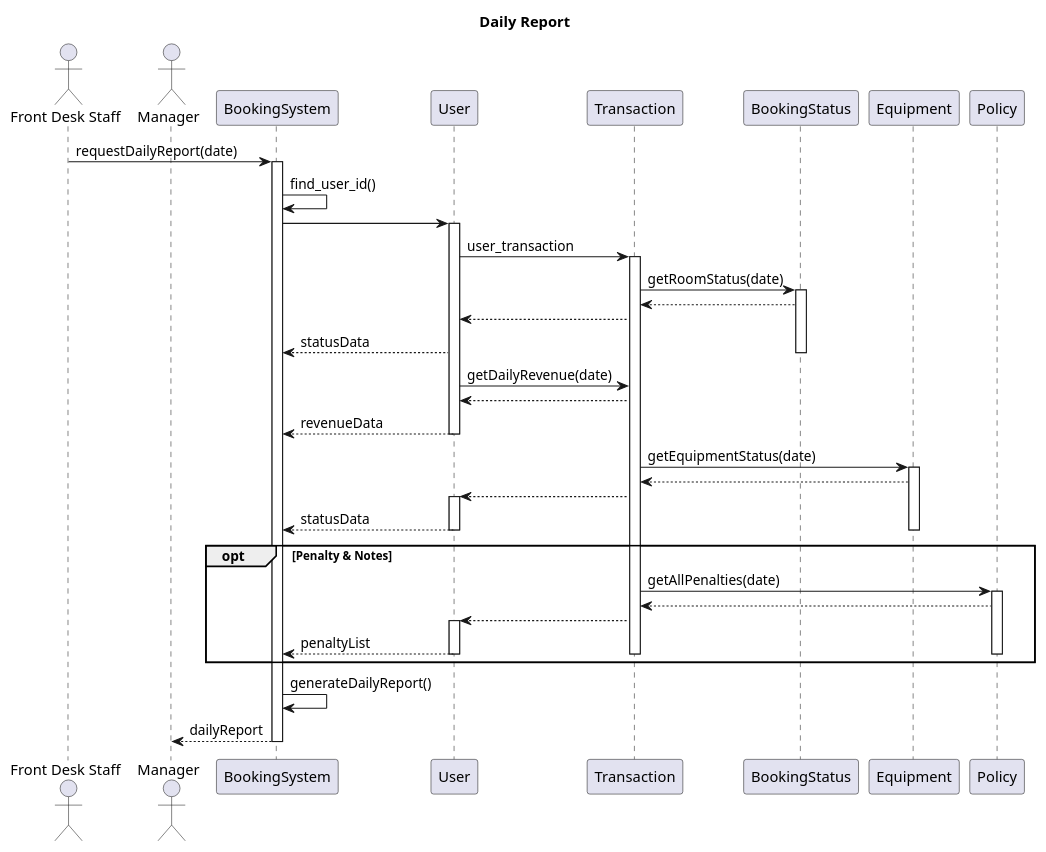
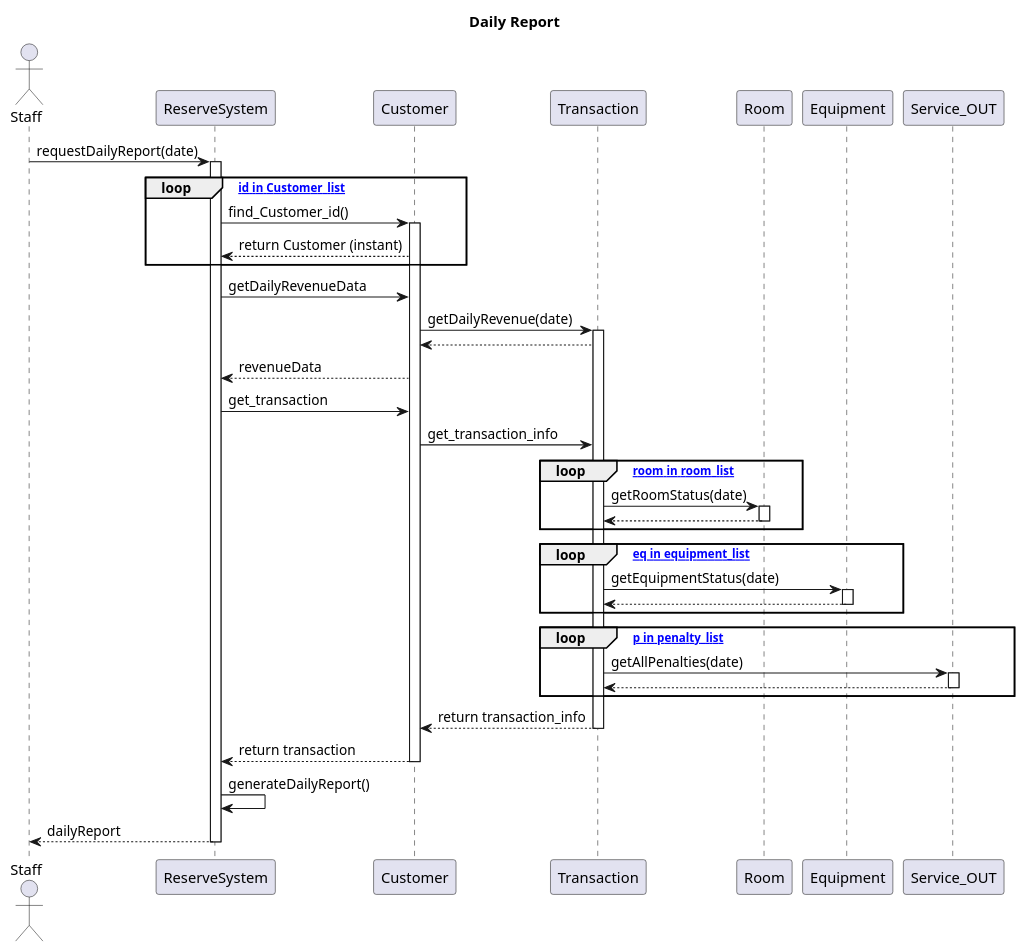
Before and after one commit to pjngth998/RhythmReserve: the diagram in diagram/sequence_diagram/dailyReport.puml, drawn with PlantUML. The commit also changed 1 other file, not shown here.

Commit message:
DailyReport Sequence

```diff
--- a/diagram/sequence_diagram/dailyReport.puml
+++ b/diagram/sequence_diagram/dailyReport.puml
@@ -1,60 +1,72 @@
 @startuml
 title Daily Report
 
-actor "Front Desk Staff" as Staff
-actor "Manager" as Manager
-participant "BookingSystem" as System
-participant "User" as User
-participant "Transaction" as Transaction
-participant "BookingStatus" as BookingRoomDB
-participant "Equipment" as EquipmentDB
-participant Policy as Policy
+actor Staff as Staff
+participant ReserveSystem as System
+participant Customer as Customer 
+participant Transaction as Service
+participant Room as RoomDB
+participant Equipment as EquipmentDB
+participant Service_OUT as Service_OUT
 
 
 Staff -> System : requestDailyReport(date)
 activate System
-System -> System : find_user_id()
-System -> User 
-activate User
-User -> Transaction : user_transaction
-activate Transaction
-Transaction -> BookingRoomDB : getRoomStatus(date)
-activate BookingRoomDB
-BookingRoomDB --> Transaction 
-Transaction --> User
-User --> System : statusData
-deactivate BookingRoomDB
+loop [for id in Customer_list]
+    System -> Customer : find_Customer_id()
+    activate Customer
+    Customer --> System : return Customer (instant)
+    end
 
-User -> Transaction : getDailyRevenue(date)
-Transaction --> User
-User --> System  : revenueData
-deactivate User
+System -> Customer : getDailyRevenueData
+Customer -> Service : getDailyRevenue(date)
+activate Service
+Service --> Customer
 
+Customer --> System  : revenueData
+System -> Customer: get_transaction
+Customer -> Service : get_transaction_info
+loop [for room in room_list]
+Service -> RoomDB : getRoomStatus(date)
+    activate RoomDB
+    RoomDB --> Service 
+    ' Service --> Customer
+    ' Customer --> System : statusData
+    deactivate RoomDB
+    end
 
-Transaction  -> EquipmentDB : getEquipmentStatus(date)
-activate EquipmentDB
+' Customer -> Service : getDailyRevenue(date)
+' Service --> Customer
+' Customer --> System  : revenueData
+' deactivate Customer
 
-EquipmentDB --> Transaction
-Transaction --> User
-activate User
-User --> System : statusData
-deactivate User
-deactivate EquipmentDB
+loop [for eq in equipment_list]
+    Service  -> EquipmentDB : getEquipmentStatus(date)
+    activate EquipmentDB
+    EquipmentDB --> Service
+    deactivate EquipmentDB
+    end
+' Service --> Customer
+' activate Customer
+' Customer --> System : statusData
+' deactivate Customer
 
-opt Penalty & Notes
-    Transaction -> Policy : getAllPenalties(date)
-    activate Policy
-    Policy --> Transaction 
-    Transaction --> User
-    activate User
-    User --> System : penaltyList
-    deactivate Policy
-    deactivate Transaction
-    deactivate User
-end
-
+' opt Penalty & Notes
+loop [for p in penalty_list]
+    Service -> Service_OUT : getAllPenalties(date)
+    activate Service_OUT
+    Service_OUT --> Service 
+    deactivate Service_OUT
+    end
+    ' activate Customer
+    ' deactivate Customer
+' end
+Service --> Customer : return transaction_info
+deactivate Service
+Customer --> System : return transaction
+deactivate Customer
 System -> System : generateDailyReport()
-System --> Manager : dailyReport
+System --> Staff : dailyReport
 deactivate System
 
 @enduml
```
